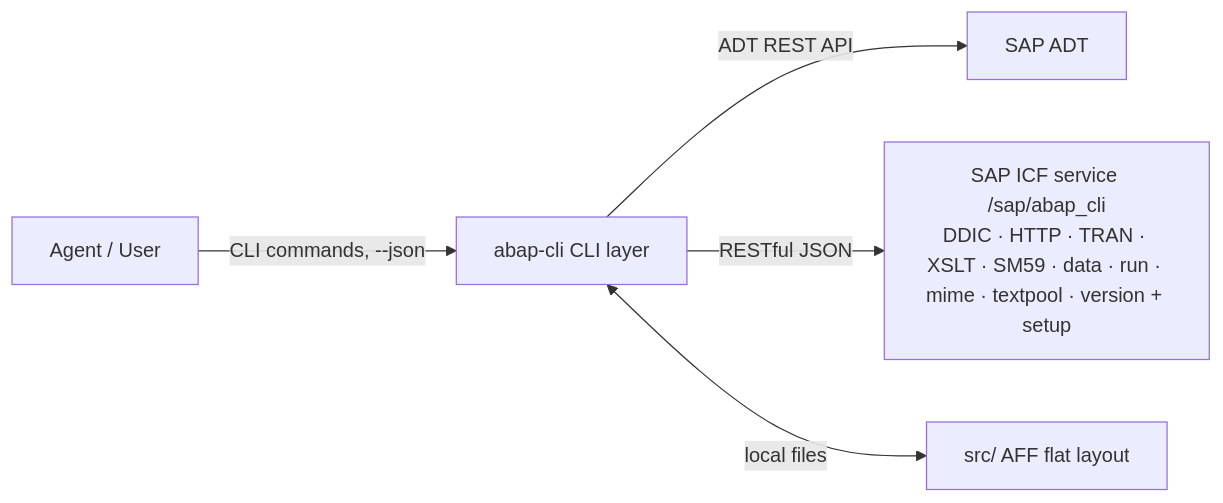
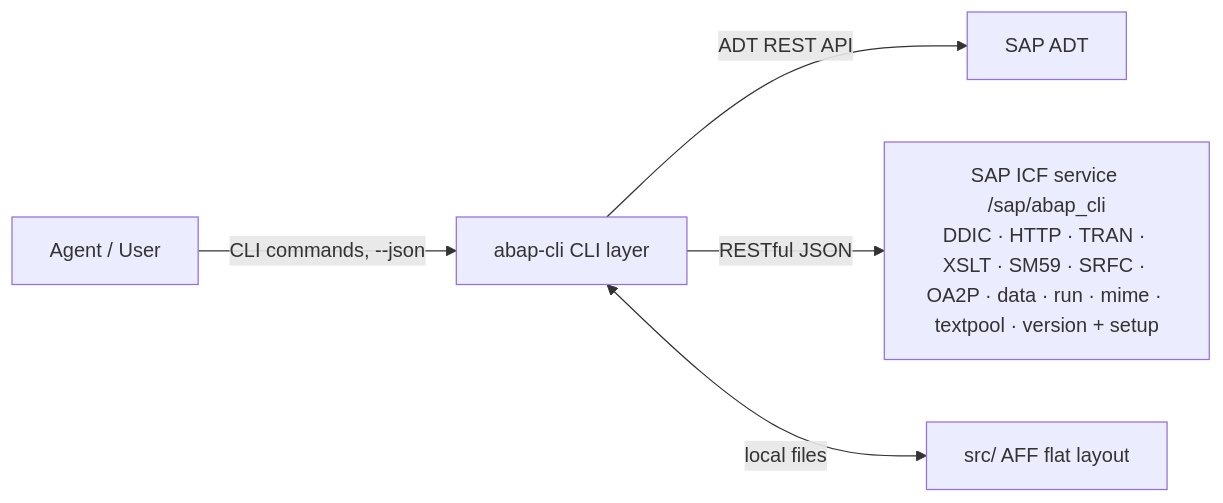
The diagram in docs/architecture.md (chunrichi/abap-cli), drawn with Mermaid before and after one commit. The commit also changed other lines of this file and 65 other files, not shown here.

````diff
--- a/docs/architecture.md
+++ b/docs/architecture.md
@@ -13,7 +13,7 @@
 ```mermaid
 graph LR
     A[Agent / User] -->|CLI commands, --json| C[abap-cli CLI layer]
     C -->|ADT REST API| S1[SAP ADT]
-    C -->|RESTful JSON| S2[SAP ICF service /sap/abap_cli<br/>DDIC · HTTP · TRAN · XSLT · SM59 · data · run · mime · textpool · version + setup]
+    C -->|RESTful JSON| S2[SAP ICF service /sap/abap_cli<br/>DDIC · HTTP · TRAN · XSLT · SM59 · SRFC · OA2P · data · run · mime · textpool · version + setup]
     C <-->|local files| F[src/ AFF flat layout]
 ```
````
